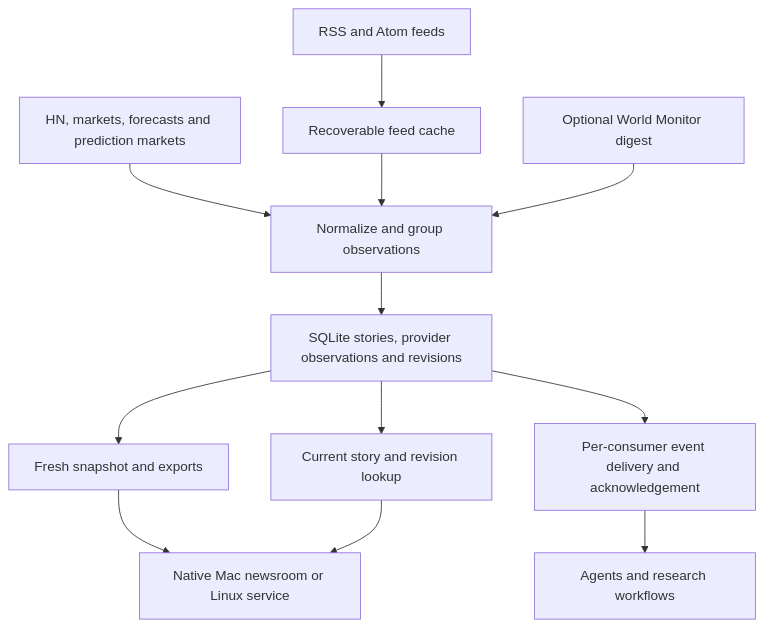
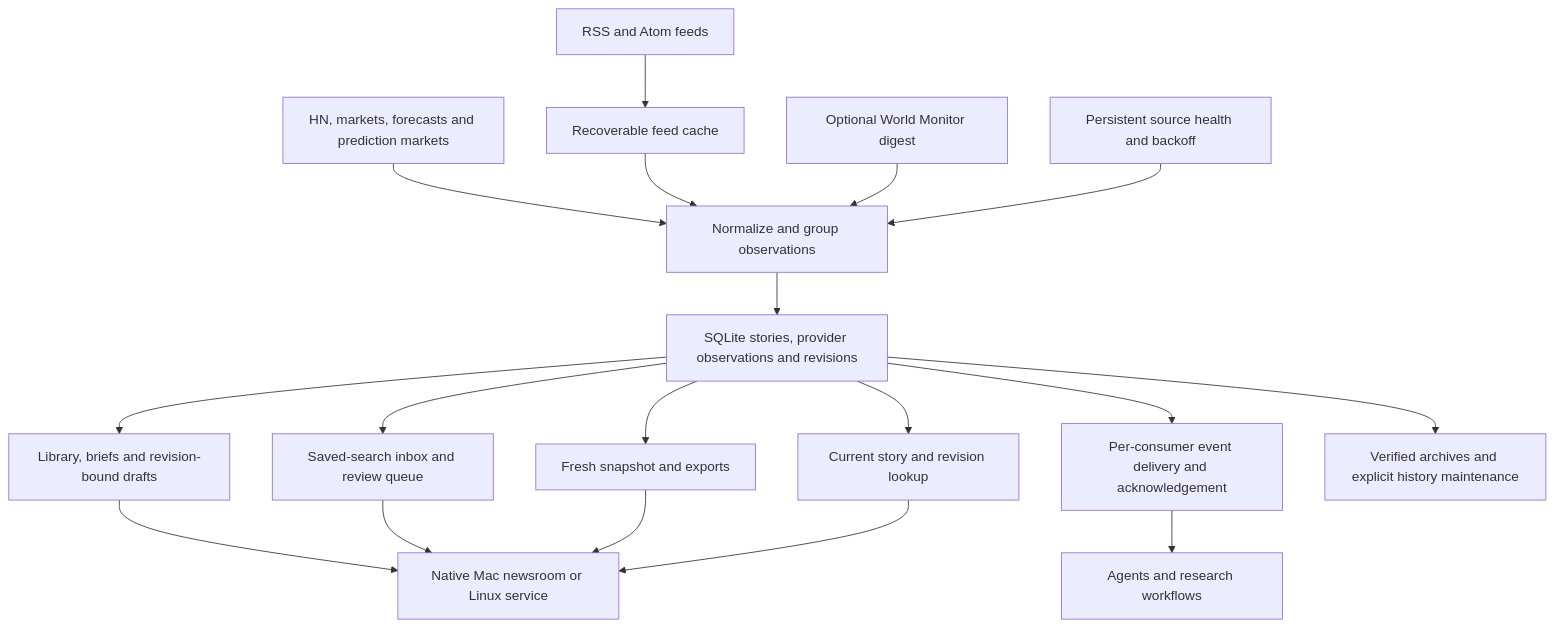
The diagram in README.md (ShadowfetchStudio/agent-news-bot), drawn with Mermaid before and after one commit. The commit also changed other lines of this file and 16 other files, not shown here.

Commit message:
Add verified application configuration and export recovery

````diff
--- a/README.md
+++ b/README.md
@@ -101,14 +101,20 @@
 ```mermaid
 flowchart TD
     RSS[RSS and Atom feeds] --> Cache[Recoverable feed cache]
     Direct[HN, markets, forecasts and prediction markets] --> Normalize[Normalize and group observations]
     Cache --> Normalize
     WM[Optional World Monitor digest] --> Normalize
     Normalize --> Journal[SQLite stories, provider observations and revisions]
     Journal --> Snapshot[Fresh snapshot and exports]
     Journal --> Events[Per-consumer event delivery and acknowledgement]
     Journal --> History[Current story and revision lookup]
+    Journal --> Editorial[Library, briefs and revision-bound drafts]
+    Journal --> Alerts[Saved-search inbox and review queue]
+    Journal --> Recovery[Verified archives and explicit history maintenance]
+    Health[Persistent source health and backoff] --> Normalize
+    Editorial --> UI
+    Alerts --> UI
     Snapshot --> UI[Native Mac newsroom or Linux service]
     Events --> Agents[Agents and research workflows]
     History --> UI
 ```
````
